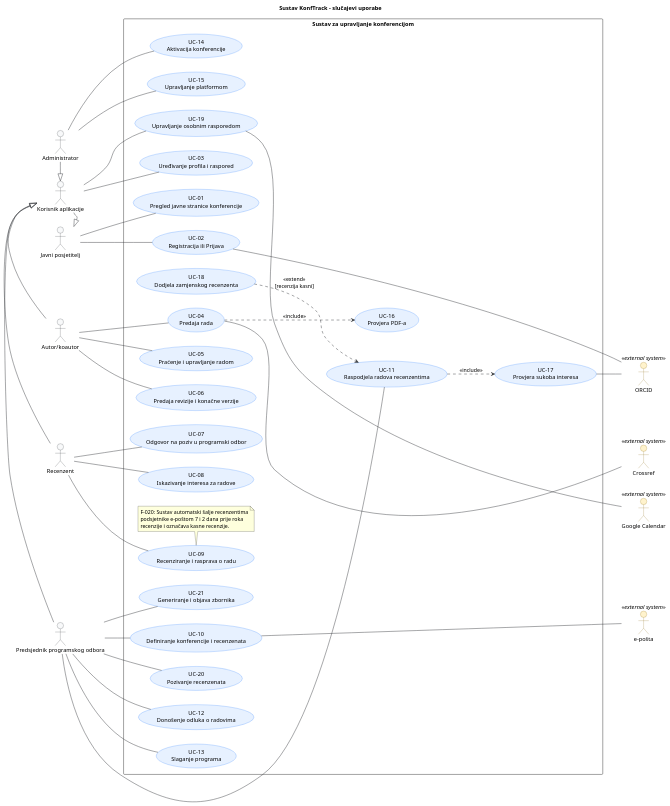
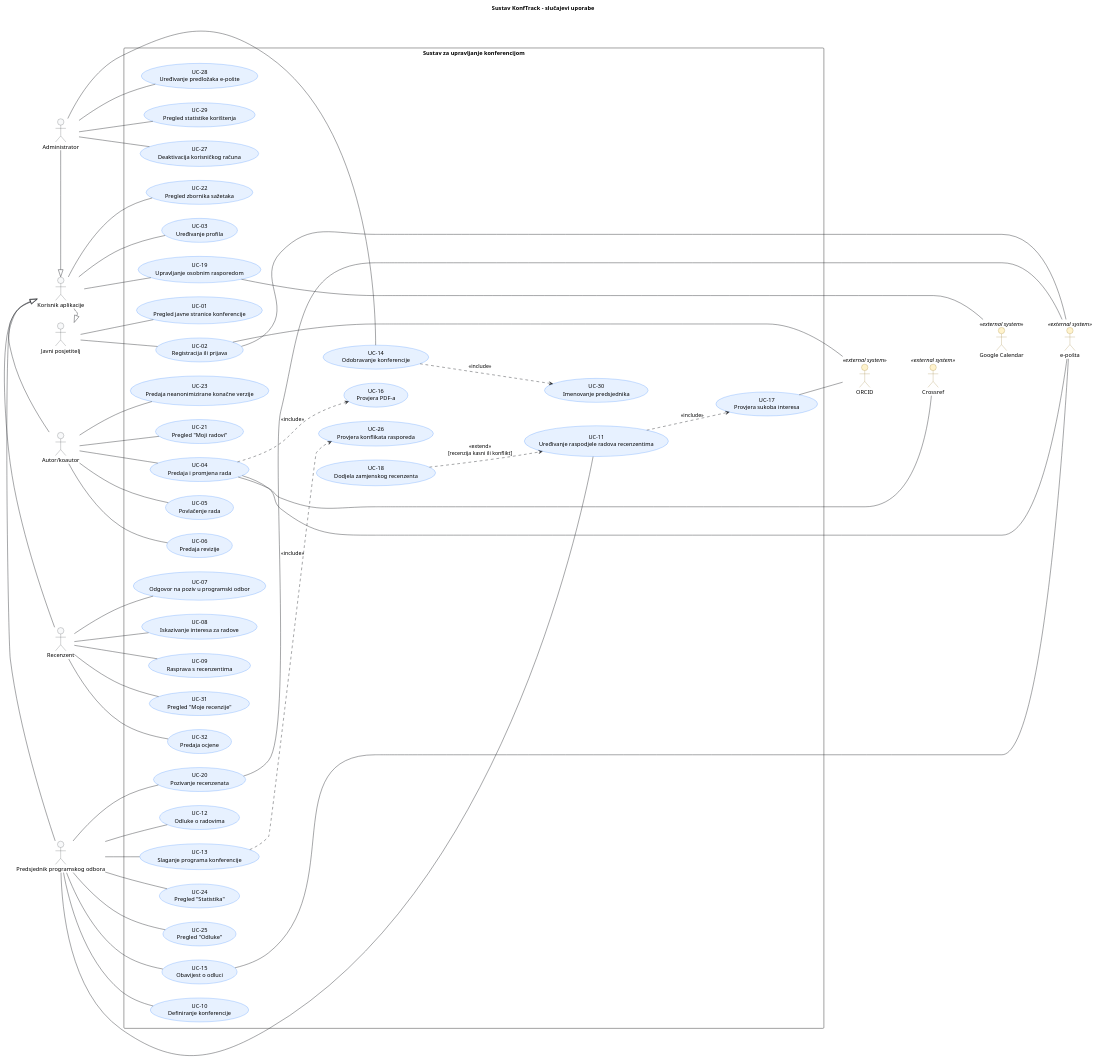
One commit to MatejCuric/KonfTrack-Grupa-12.1 changed the diagram in docs/puml/3-1-KonfTrack.puml. Above: the diagram before and after it, drawn with PlantUML. The commit also changed other lines of this file and 2 other files, not shown here.

```diff
--- a/docs/puml/3-1-KonfTrack.puml
+++ b/docs/puml/3-1-KonfTrack.puml
@@ -65,15 +65,16 @@
 ' Sekundarni akteri (vanjski sustavi)
 ' ==============================================================================
 
+actor "e-pošta" as Mail <<external system>>
 actor "ORCID" as ORCID <<external system>>
 actor "Crossref" as Crossref <<external system>>
 actor "Google Calendar" as Calendar <<external system>>
-actor "e-pošta" as Mail <<external system>>
 
 ' Samo za raspored: vanjski sustavi u jednom stupcu desno
 ORCID -[hidden]right- Crossref
-Crossref -[hidden]right- Calendar
-Calendar -[hidden]right- Mail
+Crossref -[hidden]down- Calendar
+Calendar -[hidden]down- Mail
+Crossref -[hidden]down- ORCID
 
 ' ==============================================================================
 ' Granica sustava
@@ -83,55 +84,60 @@
 
     ' Javni pristup i korisnički račun
     (UC-01\nPregled javne stranice konferencije) as UC_PublicPage
-    (UC-02\nRegistracija ili Prijava) as UC_SignIn
-     (UC-19\nUpravljanje osobnim rasporedom) as UC_Schedule
+    (UC-02\nRegistracija ili prijava) as UC_SignIn
+    (UC-19\nUpravljanje osobnim rasporedom) as UC_Schedule
+    (UC-22\nPregled zbornika sažetaka) as UC_Collection
+    (UC-03\nUređivanje profila) as UC_Account 
 
-    (UC-03\nUređivanje profila i raspored) as UC_Account 
-
-    (UC-04\nPredaja rada) as UC_SubmitPaper
-    (UC-05\nPraćenje i upravljanje radom) as UC_ManagePaper
-    'fc11 i fc12' 
-    (UC-06\nPredaja revizije i konačne verzije) as UC_Revision
+    'Autor/koautor
+    (UC-04\nPredaja i promjena rada) as UC_SubmitPaper
+    (UC-05\nPovlačenje rada) as UC_Return
+    (UC-06\nPredaja revizije) as UC_Revision
+    (UC-23\nPredaja neanonimizirane konačne verzije) as UC_Final
 
     ' Recenziranje
     (UC-07\nOdgovor na poziv u programski odbor) as UC_Invitation
     (UC-08\nIskazivanje interesa za radove) as UC_Interest
-    (UC-09\nRecenziranje i rasprava o radu) as UC_Review
+    (UC-09\nRasprava s recenzentima) as UC_Discourse
+    (UC-31\nPregled "Moje recenzije") as UC_AllReviews
+    (UC-32\nPredaja ocjene) as UC_Grade
 
     ' Upravljanje konferencijom i recenzentima
-    (UC-10\nDefiniranje konferencije i recenzenata) as UC_Setup 
+    (UC-10\nDefiniranje konferencije) as UC_Setup 
     (UC-20\nPozivanje recenzenata) as UC_InviteReviewers
-    (UC-11\nRaspodjela radova recenzentima) as UC_Assignment
-    (UC-12\nDonošenje odluka o radovima) as UC_Decisions
+    (UC-11\nUređivanje raspodjele radova recenzentima) as UC_Assignment
+    (UC-12\nOdluke o radovima) as UC_Decisions
 
-    ' Program i zbornik
-    (UC-13\nSlaganje programa) as UC_Program
-    (UC-21\nGeneriranje i objava zbornika) as UC_Proceedings
+    (UC-13\nSlaganje programa konferencije) as UC_Program
+    (UC-21\nPregled "Moji radovi") as UC_PaperManagement
+    (UC-24\nPregled "Statistika") as UC_Statistics
+    (UC-25\nPregled "Odluke") as UC_Ideas
+    (UC-15\nObavijest o odluci) as UC_Notify
 
     ' Administracija
-    (UC-14\nAktivacija konferencije) as UC_Approval
-
-    (UC-15\nUpravljanje platformom) as UC_Platform
+    (UC-14\nOdobravanje konferencije) as UC_Approval
+    (UC-27\nDeaktivacija korisničkog računa) as UC_UserManagement
+    (UC-28\nUređivanje predložaka e-pošte) as UC_EmailManagement
+    (UC-29\nPregled statistike korištenja) as UC_UserStatistic
+    
 
     ' Dodatni 
 
     (UC-16\nProvjera PDF-a) as UC_AuthorName
-    'tu spada i provjera imena autora'
     (UC-17\nProvjera sukoba interesa) as UC_CheckConflict
     (UC-18\nDodjela zamjenskog recenzenta) as UC_ReplacementReviewer
-' 
-'note bottom of UC_SubmitPaper
-'  F-007: Nakon isteka roka predaje sustav
-'  automatski onemogućuje predaju i izmjenu rada.
-'  Isto vrijedi za rokove recenzija, obavijesti
-'  autorima i konačne verzije (UC-05, UC-06, UC-09).
+    (UC-26\nProvjera konflikata rasporeda) as UC_ConflictProgram
+    (UC-30\nImenovanje predsjednika) as UC_NameChair
+
+    UC_ConflictProgram-[hidden]down- UC_Assignment
+    UC_AuthorName -[hidden]-UC_NameChair
+
+
+'note bottom of UC_Grade
+'  F-020: Sustav automatski šalje recenzentima
+'  podsjetnike e-poštom 7 i 2 dana prije roka
+'  recenzije i označava kasne recenzije.
 'end note
-
-note bottom of UC_Review
-  F-020: Sustav automatski šalje recenzentima
-  podsjetnike e-poštom 7 i 2 dana prije roka
-  recenzije i označava kasne recenzije.
-end note
  
 }
 
@@ -142,19 +148,27 @@
 ' Javni posjetitelj
 Visitor -- UC_PublicPage
 Visitor -- UC_SignIn
+User -- UC_Collection
+
 
 'Prijavljeni korisnik
 User -- UC_Account
 User -- UC_Schedule
+
 ' Autor
 Author -- UC_SubmitPaper
-Author -- UC_ManagePaper
+Author -- UC_Return
 Author -- UC_Revision
+Author -- UC_Final
+Author -- UC_PaperManagement
 
 ' Recenzent
 Reviewer -- UC_Invitation
-Reviewer -- UC_Review
 Reviewer -- UC_Interest
+Reviewer -- UC_Discourse
+Reviewer -- UC_AllReviews
+Reviewer --UC_Grade
+
 
 ' Predsjednik programskog odbora
 Chair -- UC_Setup
@@ -162,11 +176,17 @@
 Chair -- UC_Assignment
 Chair -- UC_Decisions
 Chair -- UC_Program
-Chair -- UC_Proceedings
+Chair -- UC_Ideas
+Chair -- UC_Statistics
+Chair -- UC_Notify
+
 
 ' Administrator
 Administrator -- UC_Approval
-Administrator -- UC_Platform
+Administrator -- UC_UserManagement
+Administrator -- UC_EmailManagement
+Administrator -- UC_UserStatistic
+
 
 
 ' ==============================================================================
@@ -175,9 +195,13 @@
 
 UC_SubmitPaper ..> UC_AuthorName : <<include>>
 
+UC_Program ..> UC_ConflictProgram : <<include>>
+
 UC_Assignment ..> UC_CheckConflict : <<include>>
 
-UC_ReplacementReviewer ..> UC_Assignment : <<extend>>\n[recenzija kasni]
+UC_ReplacementReviewer ..> UC_Assignment : <<extend>>\n[recenzija kasni ili konflikt]
+
+UC_Approval ..>UC_NameChair : <<include>>
 
 
 ' ==============================================================================
@@ -186,6 +210,7 @@
 
 ' ORCID – registracija i prijava korisnika
 UC_SignIn -- ORCID
+UC_SignIn -- Mail
 UC_CheckConflict -- ORCID
 
 UC_SubmitPaper -- Crossref
@@ -193,7 +218,9 @@
 ' Google Calendar – izvoz osobnog rasporeda
 UC_Schedule -- Calendar
 
-' Servis e-pošte – pozivanje recenzenata i slanje odluka
-UC_Setup -- Mail
+' Servis e-pošte 
+UC_InviteReviewers -- Mail
+UC_Notify -- Mail
+UC_SubmitPaper -- Mail
 
 @enduml
```
